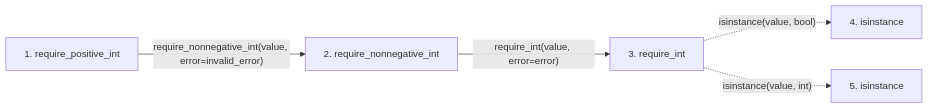
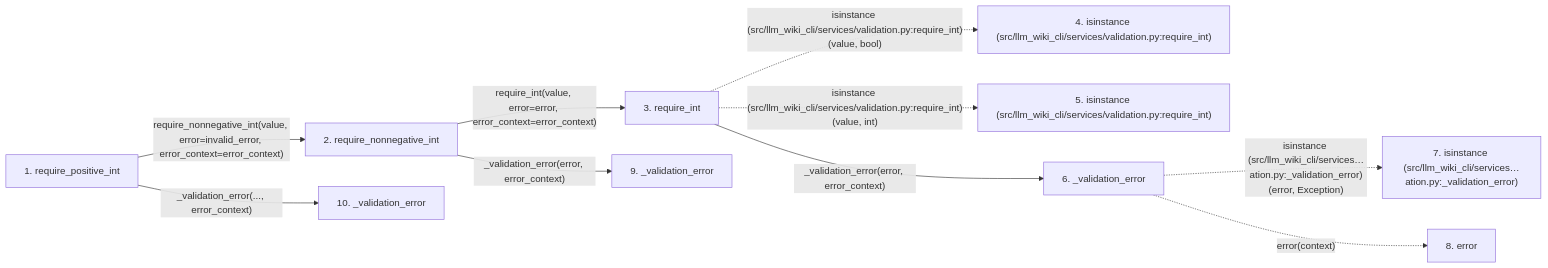
Before and after one commit to Denissvgn/python-wiki-llm: the second of 2 diagrams in docs/llm_wiki/flows/api-require_positive_int.md, drawn with Mermaid. The commit also changed other lines of this file and 627 other files, not shown here.

````diff
--- a/docs/llm_wiki/flows/api-require_positive_int.md
+++ b/docs/llm_wiki/flows/api-require_positive_int.md
@@ -41,15 +49,28 @@
 ```mermaid
 flowchart LR
     s1["1. require_positive_int"]
     s2["2. require_nonnegative_int"]
     s3["3. require_int"]
-    s4["4. isinstance"]
-    s5["5. isinstance"]
-    s1 -->|"require_nonnegative_int(value, error=invalid_error)"| s2
-    s2 -->|"require_int(value, error=error)"| s3
-    s3 -. "isinstance(value, bool)" .-> s4
-    s3 -. "isinstance(value, int)" .-> s5
+    s4["4. isinstance (src/llm_wiki_cli/services/validation.py:require_int)"]
+    s5["5. isinstance (src/llm_wiki_cli/services/validation.py:require_int)"]
+    s6["6. _validation_error"]
+    s7["7. isinstance (src/llm_wiki_cli/services…ation.py:_validation_error)"]
+    s8["8. error"]
+    s9["9. _validation_error"]
+    s10["10. _validation_error"]
+    s1 -->|"require_nonnegative_int(value, error=invalid_error, error_context=error_context)"| s2
+    s2 -->|"require_int(value, error=error, error_context=error_context)"| s3
+    s3 -. "isinstance (src/llm_wiki_cli/services/validation.py:require_int)(value, bool)" .-> s4
+    s3 -. "isinstance (src/llm_wiki_cli/services/validation.py:require_int)(value, int)" .-> s5
+    s3 -->|"_validation_error(error, error_context)"| s6
+    s6 -. "isinstance (src/llm_wiki_cli/services…ation.py:_validation_error)(error, Exception)" .-> s7
+    s6 -. "error(context)" .-> s8
+    s2 -->|"_validation_error(error, error_context)"| s9
+    s1 -->|"_validation_error(..., error_context)"| s10
     click s1 "../modules/validation.md"
     click s2 "../modules/validation.md"
     click s3 "../modules/validation.md"
+    click s6 "../modules/validation.md"
+    click s9 "../modules/validation.md"
+    click s10 "../modules/validation.md"
 ```
````
